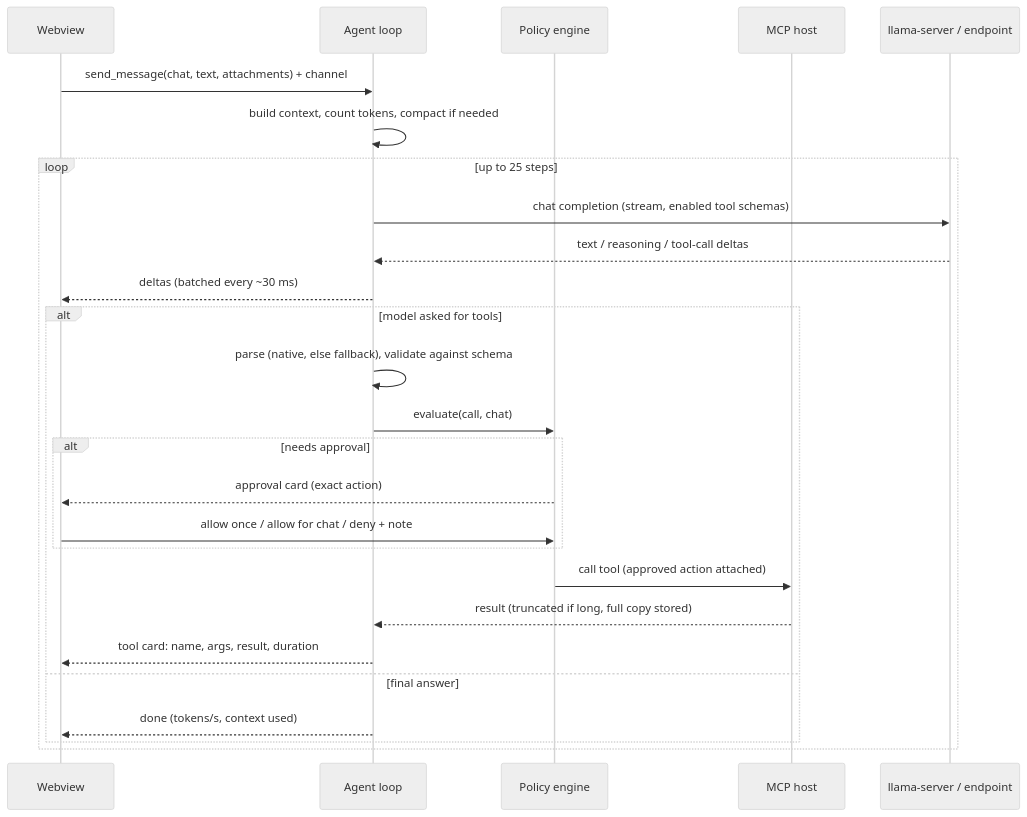
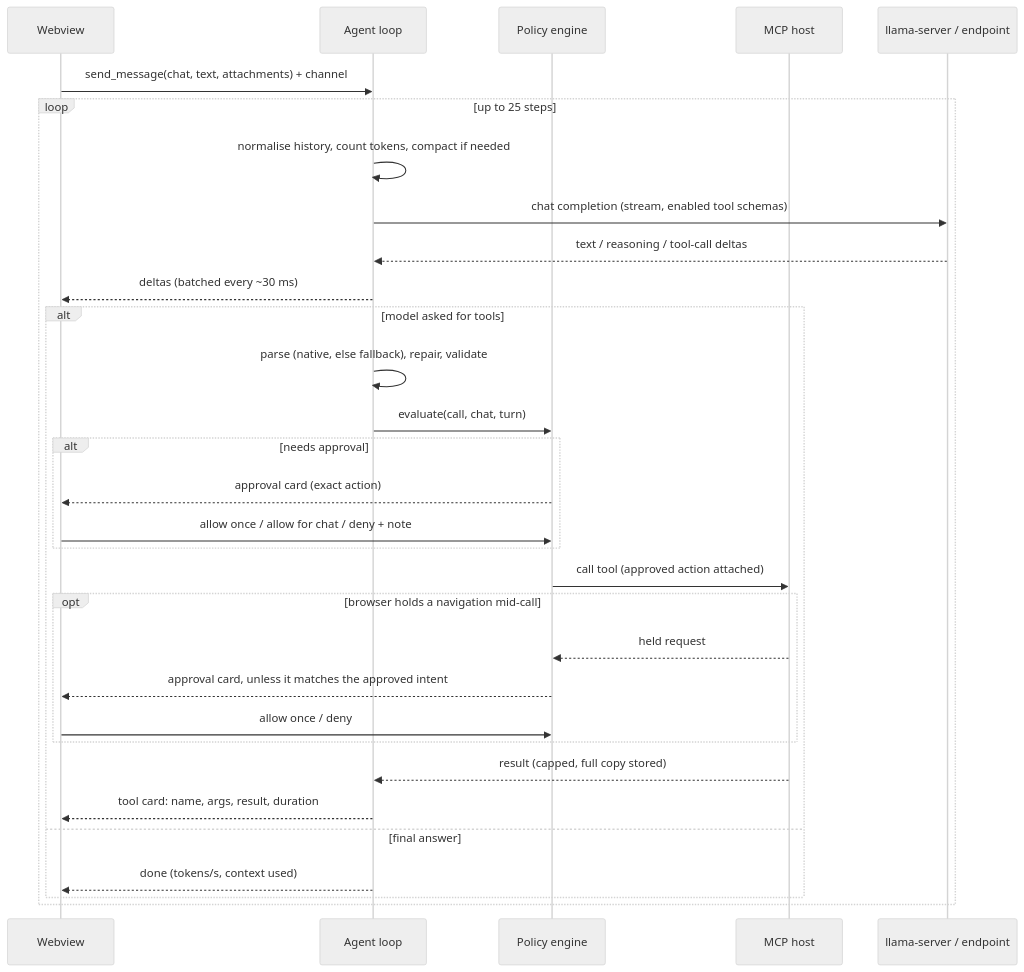
One commit to sugarhappy8/harnessUI changed the second of 2 diagrams in ARCHITECTURE.md. Above: the diagram before and after it, drawn with Mermaid (neutral theme). The commit also changed other lines of this file, not shown here.

First line of the commit message:
Revise ARCHITECTURE.md after five-lens review

````diff
--- a/ARCHITECTURE.md
+++ b/ARCHITECTURE.md
@@ -185,28 +246,33 @@
 ```mermaid
 sequenceDiagram
   participant UI as Webview
   participant A as Agent loop
   participant P as Policy engine
   participant M as MCP host
   participant L as llama-server / endpoint
   UI->>A: send_message(chat, text, attachments) + channel
-  A->>A: build context, count tokens, compact if needed
   loop up to 25 steps
+    A->>A: normalise history, count tokens, compact if needed
     A->>L: chat completion (stream, enabled tool schemas)
     L-->>A: text / reasoning / tool-call deltas
     A-->>UI: deltas (batched every ~30 ms)
     alt model asked for tools
-      A->>A: parse (native, else fallback), validate against schema
-      A->>P: evaluate(call, chat)
+      A->>A: parse (native, else fallback), repair, validate
+      A->>P: evaluate(call, chat, turn)
       alt needs approval
         P-->>UI: approval card (exact action)
         UI->>P: allow once / allow for chat / deny + note
       end
       P->>M: call tool (approved action attached)
-      M-->>A: result (truncated if long, full copy stored)
+      opt browser holds a navigation mid-call
+        M-->>P: held request
+        P-->>UI: approval card, unless it matches the approved intent
+        UI->>P: allow once / deny
+      end
+      M-->>A: result (capped, full copy stored)
       A-->>UI: tool card: name, args, result, duration
     else final answer
       A-->>UI: done (tokens/s, context used)
     end
   end
 ```
````
